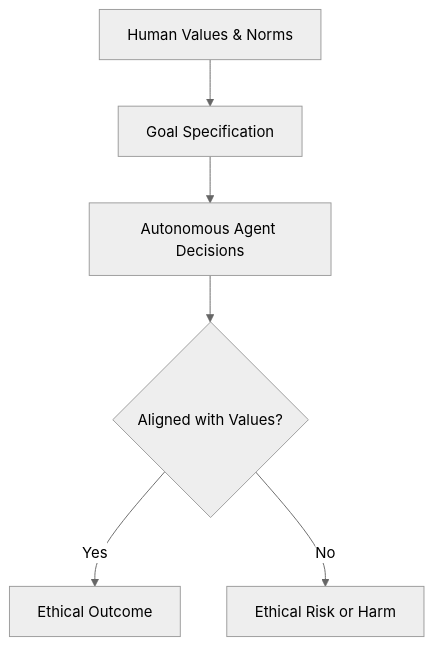
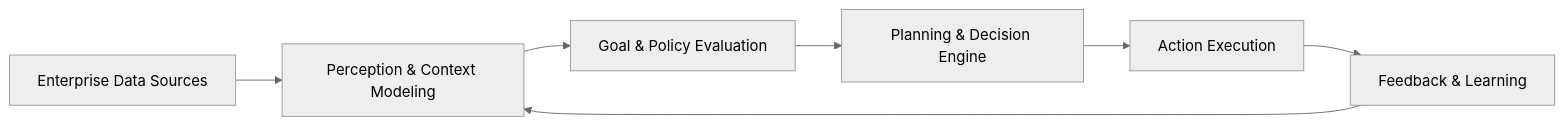
Before and after one commit to m-rizqinovniari/agentic-handbook: the first of 4 diagrams in docusaurus/docs/part-3/chapter-11.md, drawn with Mermaid (neutral theme). The commit also changed other lines of this file and 19 other files, not shown here.

````diff
--- a/docusaurus/docs/part-3/chapter-11.md
+++ b/docusaurus/docs/part-3/chapter-11.md
@@ -74,8 +64,9 @@
 ```mermaid
-flowchart TD
-    A[Human Values & Norms] --> B[Goal Specification]
-    B --> C[Autonomous Agent Decisions]
-    C --> D{Aligned with Values?}
-    D -- Yes --> E[Ethical Outcome]
-    D -- No --> F[Ethical Risk or Harm]
+flowchart LR
+    A[Enterprise Data Sources] --> B[Perception & Context Modeling]
+    B --> C[Goal & Policy Evaluation]
+    C --> D[Planning & Decision Engine]
+    D --> E[Action Execution]
+    E --> F[Feedback & Learning]
+    F --> B
 ```
````
